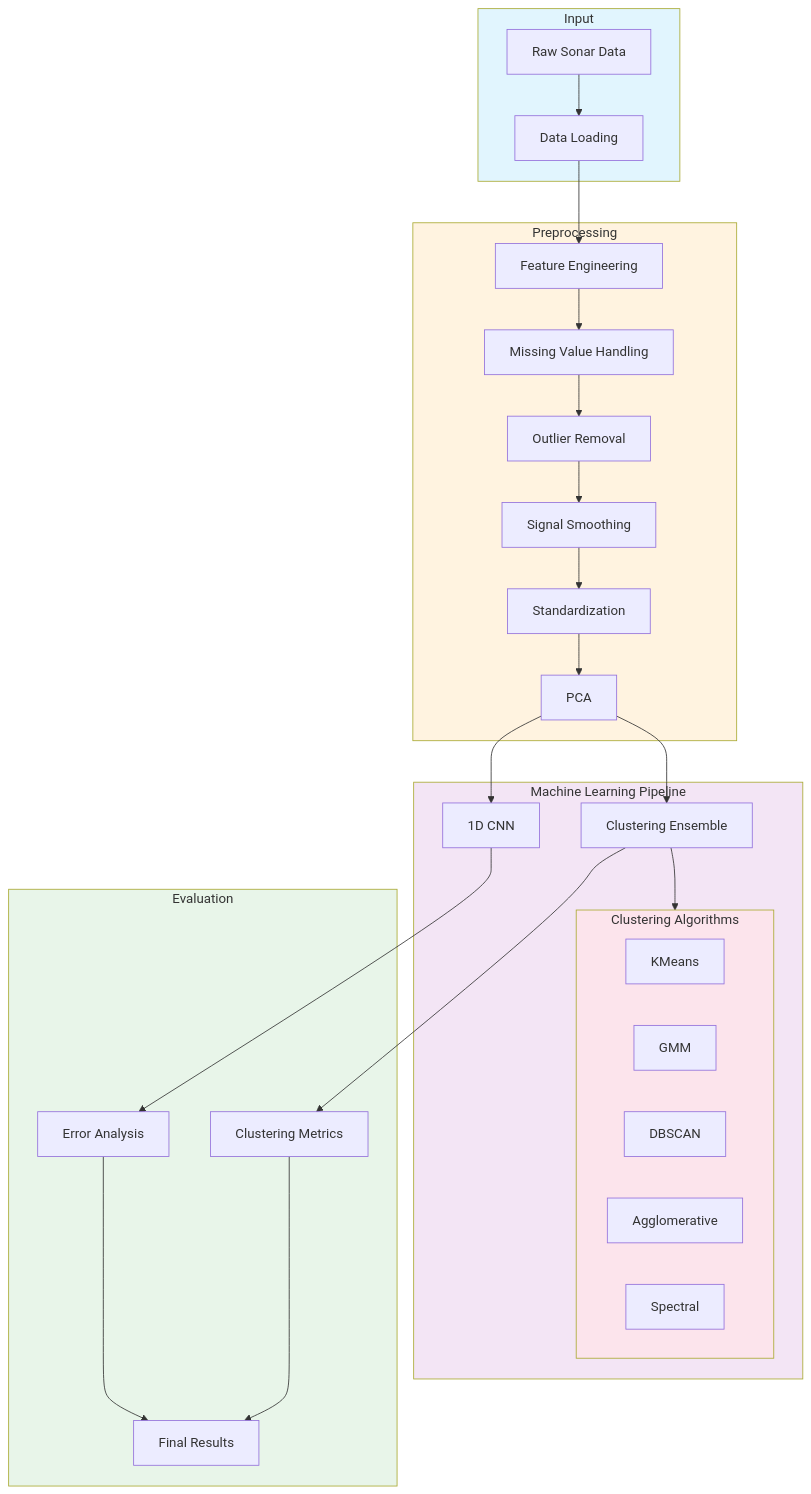
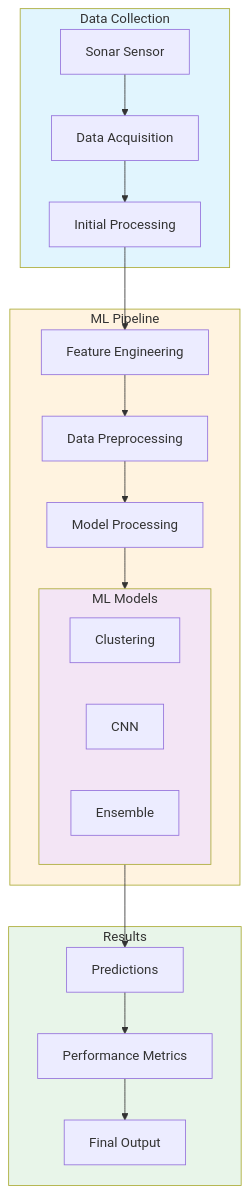
Before and after one commit to khairul-me/Enhanced-Sonar-Sensor-Accuracy-using-Machine-Learning: the second of 8 diagrams in README.md, drawn with Mermaid. The commit also changed other lines of this file, not shown here.

````diff
--- a/README.md
+++ b/README.md
@@ -39,43 +42,32 @@
 ```mermaid
-graph TB
-    subgraph Input
-        A[Raw Sonar Data] --> B[Data Loading]
+flowchart TB
+    subgraph Input["Data Collection"]
+        A[Sonar Sensor] --> B[Data Acquisition]
+        B --> C[Initial Processing]
     end
 
-    subgraph Preprocessing
-        B --> C[Feature Engineering]
-        C --> D[Missing Value Handling]
-        D --> E[Outlier Removal]
-        E --> F[Signal Smoothing]
-        F --> G[Standardization]
-        G --> H[PCA]
+    subgraph ML["ML Pipeline"]
+        C --> D[Feature Engineering]
+        D --> E[Data Preprocessing]
+        E --> F[Model Processing]
+        
+        subgraph Models["ML Models"]
+            G[Clustering]
+            H[CNN]
+            I[Ensemble]
+        end
+        
+        F --> Models
     end
 
-    subgraph ML["Machine Learning Pipeline"]
-        H --> I[Clustering Ensemble]
-        H --> J[1D CNN]
-        
-        subgraph Clustering["Clustering Algorithms"]
-            K[KMeans]
-            L[GMM]
-            M[DBSCAN]
-            N[Agglomerative]
-            O[Spectral]
-        end
-        
-        I --> Clustering
-    end
-
-    subgraph Evaluation
-        I --> P[Clustering Metrics]
-        J --> Q[Error Analysis]
-        P --> R[Final Results]
-        Q --> R
+    subgraph Output["Results"]
+        Models --> J[Predictions]
+        J --> K[Performance Metrics]
+        K --> L[Final Output]
     end
 
     style Input fill:#e1f5fe
-    style Preprocessing fill:#fff3e0
-    style ML fill:#f3e5f5
-    style Evaluation fill:#e8f5e9
-    style Clustering fill:#fce4ec
+    style ML fill:#fff3e0
+    style Output fill:#e8f5e9
+    style Models fill:#f3e5f5
 ```
````
